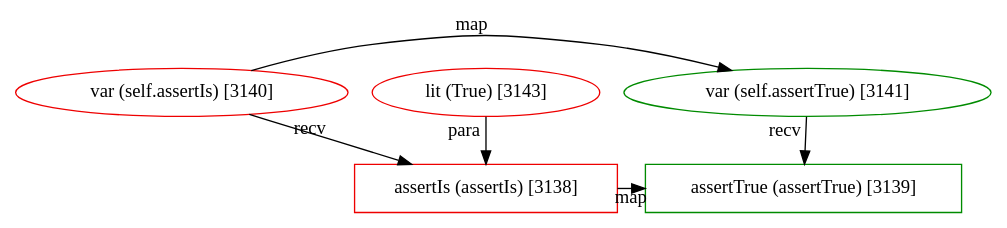
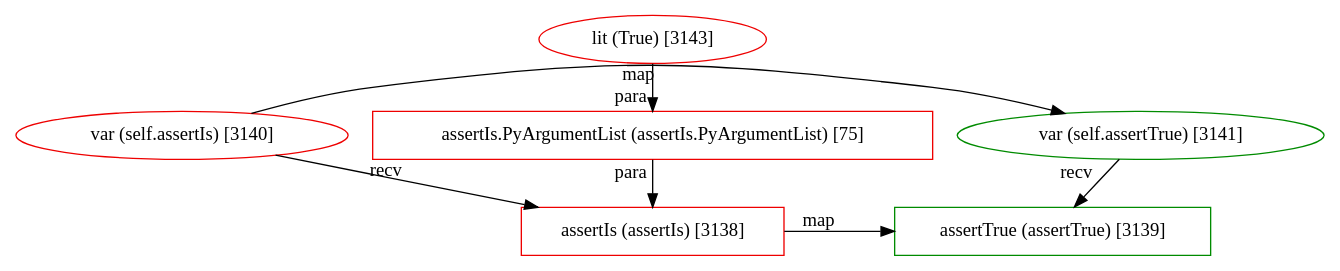
One commit to JetBrains-Research/revizor changed the diagram in src/main/resources/patterns/1869/fragment-26008841.dot. Above: the diagram before and after it, drawn with Graphviz. The commit also changed 2 other files, not shown here.

Commit message:
Add `assertTrue` pattern

```diff
--- a/src/main/resources/patterns/1869/fragment-26008841.dot
+++ b/src/main/resources/patterns/1869/fragment-26008841.dot
@@ -1,18 +1,20 @@
 digraph "fragment-26008841.dot" {
 	subgraph "subgraph: 3138 to 3139" {
 		graph [rank=same]
 		3138 [label="assertIs (assertIs) [3138]" color=red2 shape=box]
 		3139 [label="assertTrue (assertTrue) [3139]" color=green4 shape=box]
 	}
 	subgraph "subgraph: 3141 to 3140" {
 		graph [rank=same]
 		3141 [label="var (self.assertTrue) [3141]" color=green4 shape=ellipse]
 		3140 [label="var (self.assertIs) [3140]" color=red2 shape=ellipse]
 	}
+	75 [label="assertIs.PyArgumentList (assertIs.PyArgumentList) [75]" color=red2 shape=box]
 	3143 [label="lit (True) [3143]" color=red2 shape=ellipse]
-	3143 -> 3138 [xlabel=para from_closure=False]
+	3143 -> 75 [xlabel=para from_closure=null]
+	75 -> 3138 [xlabel=para from_closure=null]
 	3140 -> 3138 [xlabel=recv from_closure=False]
 	3138 -> 3139 [xlabel=map from_closure=False]
 	3141 -> 3139 [xlabel=recv from_closure=False]
 	3140 -> 3141 [xlabel=map from_closure=False]
 }
```
